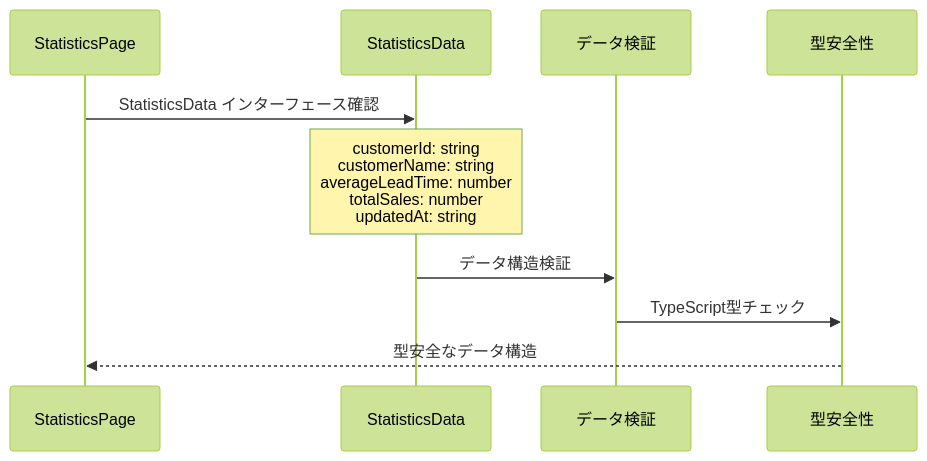
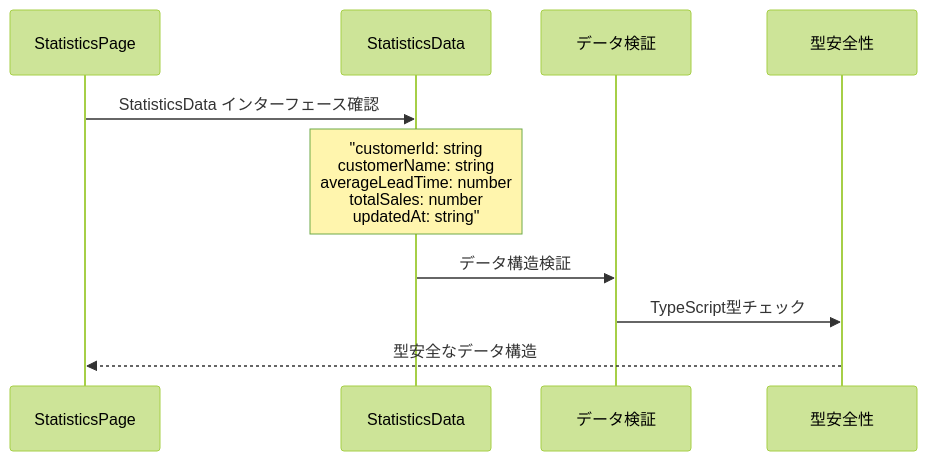
Before and after one commit to wasabi49/ocs-systemDevelopmentExercises: the third of 11 diagrams in document/pages/sequence/Statistics.md, drawn with Mermaid (forest theme). The commit also changed other lines of this file and 42 other files, not shown here.

First line of the commit message:
fix: mermaidシーケンス図のNote over文でダブルクォーテーション不足を修正

````diff
--- a/document/pages/sequence/Statistics.md
+++ b/document/pages/sequence/Statistics.md
@@ -50,14 +50,14 @@
 ```mermaid
 sequenceDiagram
     participant Page as StatisticsPage
     participant Interface as StatisticsData
     participant DataValidation as データ検証
     participant TypeSafety as 型安全性
 
     Page->>Interface: StatisticsData インターフェース確認
-    Note over Interface: customerId: string<br/>customerName: string<br/>averageLeadTime: number<br/>totalSales: number<br/>updatedAt: string
+    Note over Interface: "customerId: string<br/>customerName: string<br/>averageLeadTime: number<br/>totalSales: number<br/>updatedAt: string"
     
     Interface->>DataValidation: データ構造検証
     DataValidation->>TypeSafety: TypeScript型チェック
     TypeSafety-->>Page: 型安全なデータ構造
 ```
````
